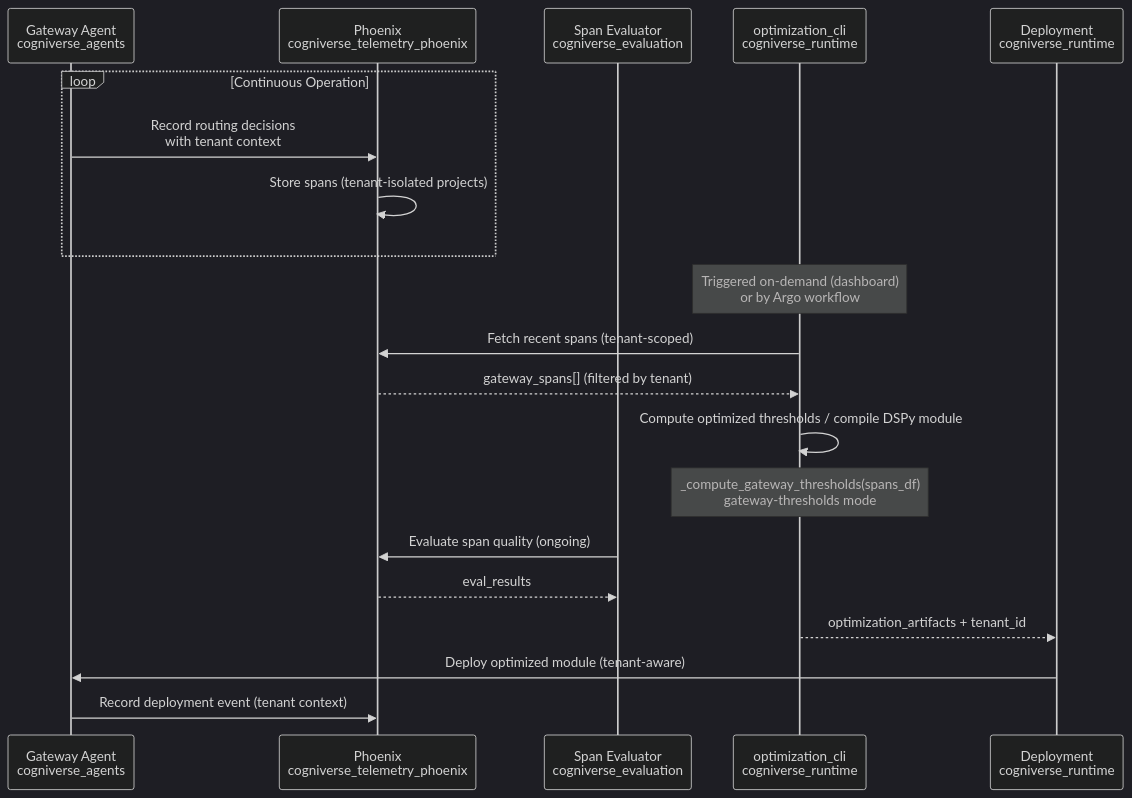
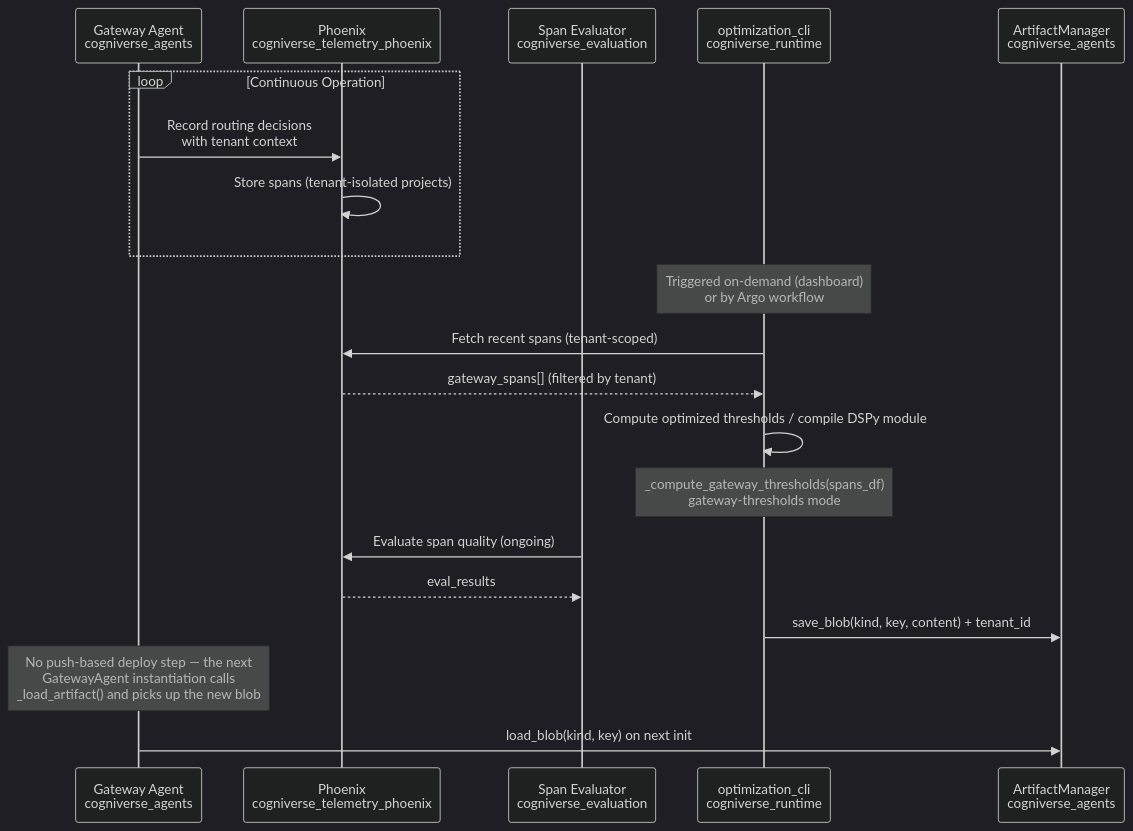
Diagram 13 of 25 in docs/architecture/system-flows.md (amit-jain/cogniverse), drawn with Mermaid (dark theme) before and after one commit. The commit also changed other lines of this file and 7 other files, not shown here.

First line of the commit message:
Document all 23 agents and convert diagrams to mermaid

````diff
--- a/docs/architecture/system-flows.md
+++ b/docs/architecture/system-flows.md
@@ -496,29 +639,29 @@
 ```mermaid
 sequenceDiagram
     participant Gateway as Gateway Agent<br/>cogniverse_agents
     participant Phoenix as Phoenix<br/>cogniverse_telemetry_phoenix
     participant SpanEval as Span Evaluator<br/>cogniverse_evaluation
     participant OptCLI as optimization_cli<br/>cogniverse_runtime
-    participant Deploy as Deployment<br/>cogniverse_runtime
+    participant Artifact as ArtifactManager<br/>cogniverse_agents
 
     loop Continuous Operation
         Gateway->>Phoenix: Record routing decisions<br/>with tenant context
         Phoenix->>Phoenix: Store spans (tenant-isolated projects)
     end
 
     Note over OptCLI: Triggered on-demand (dashboard)<br/>or by Argo workflow
 
     OptCLI->>Phoenix: Fetch recent spans (tenant-scoped)
     Phoenix-->>OptCLI: gateway_spans[] (filtered by tenant)
 
     OptCLI->>OptCLI: Compute optimized thresholds / compile DSPy module
     Note over OptCLI: _compute_gateway_thresholds(spans_df)<br/>gateway-thresholds mode
 
     SpanEval->>Phoenix: Evaluate span quality (ongoing)
     Phoenix-->>SpanEval: eval_results
 
-    OptCLI-->>Deploy: optimization_artifacts + tenant_id
+    OptCLI->>Artifact: save_blob(kind, key, content) + tenant_id
 
-    Deploy->>Gateway: Deploy optimized module (tenant-aware)
-    Gateway->>Phoenix: Record deployment event (tenant context)
+    Note over Gateway: No push-based deploy step — the next<br/>GatewayAgent instantiation calls<br/>_load_artifact() and picks up the new blob
+    Gateway->>Artifact: load_blob(kind, key) on next init
 ```
````
